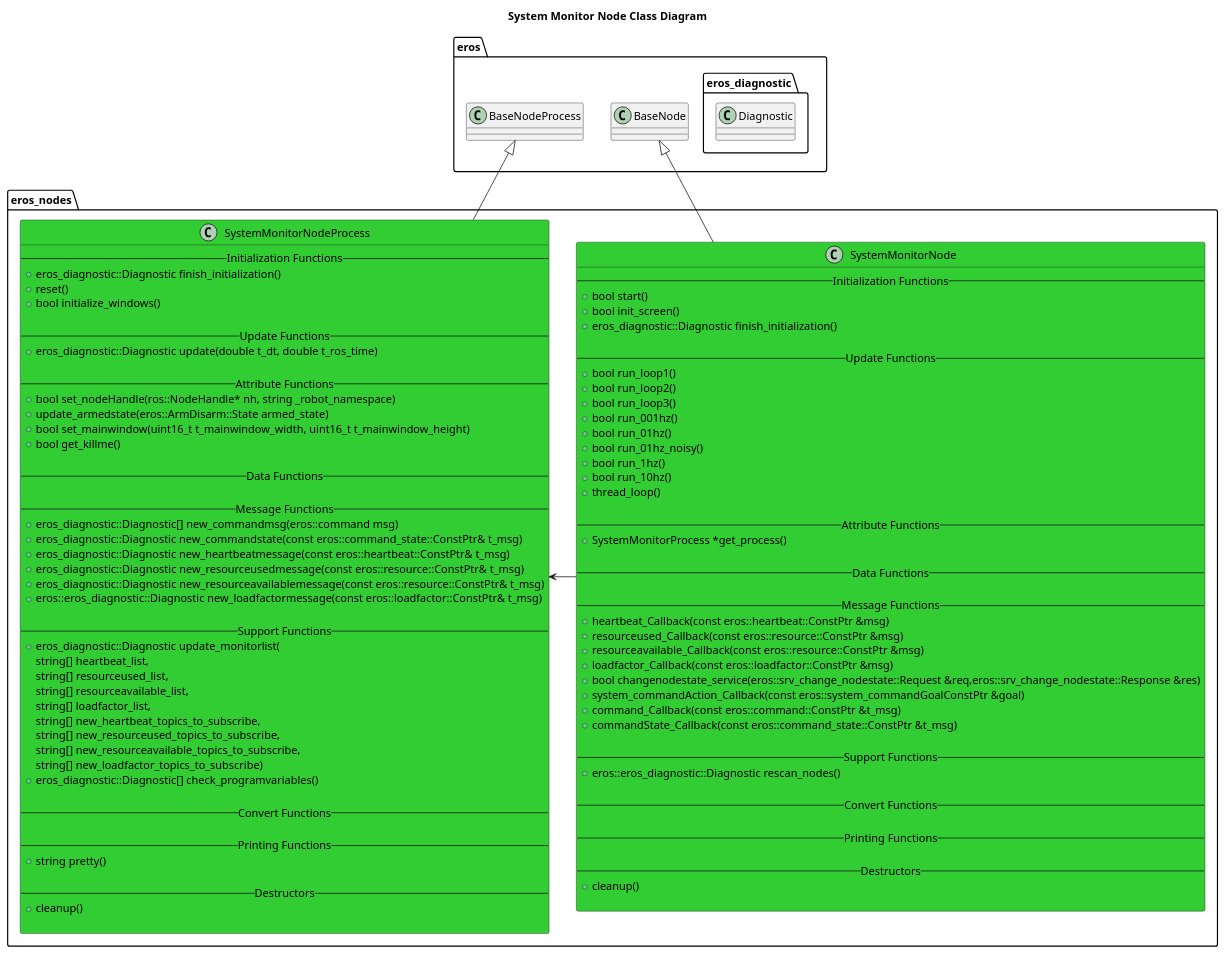
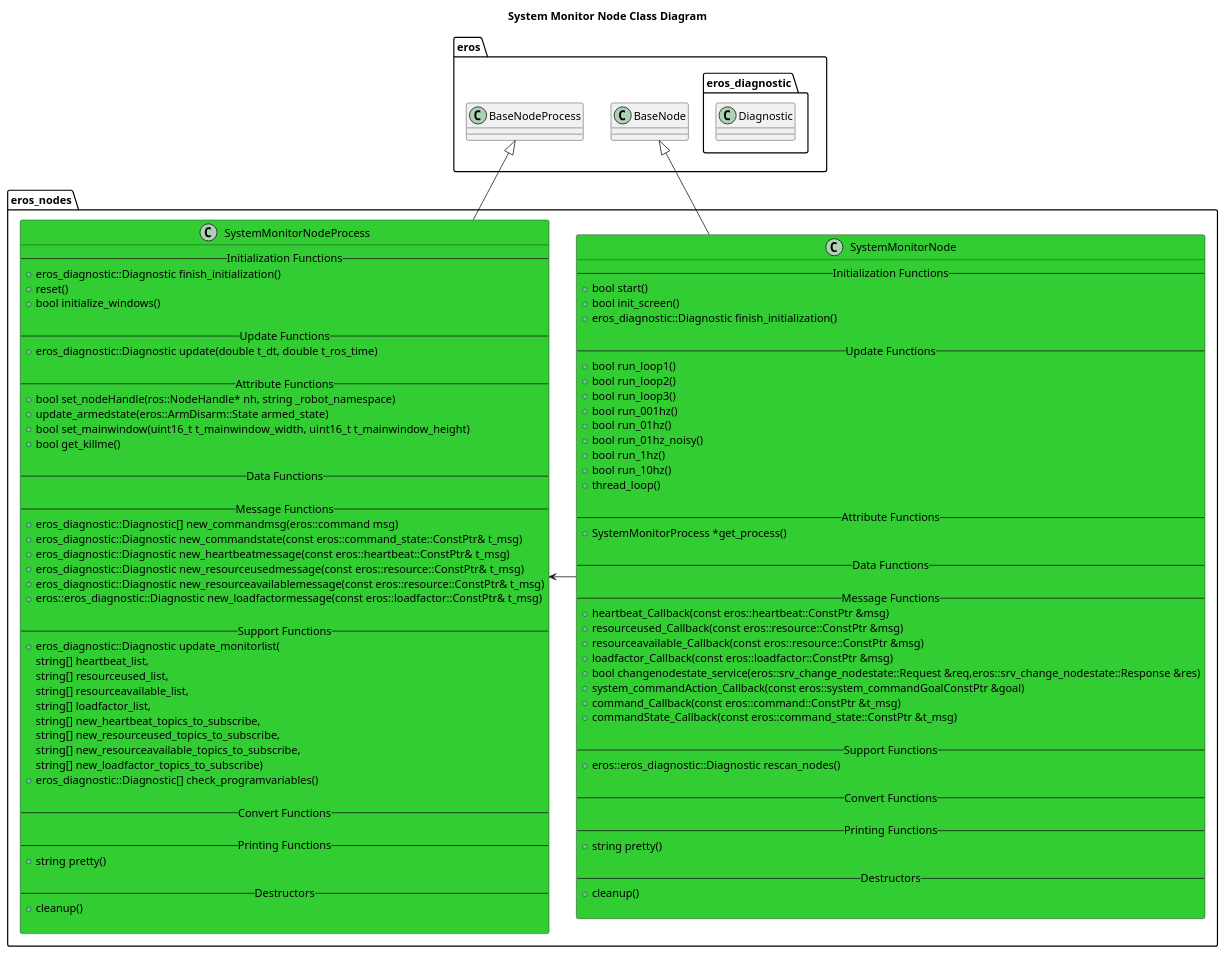
Before and after one commit to dgitz/eros: the diagram in nodes/SystemMonitor/doc/SystemMonitorNodeClassDiagram.puml, drawn with PlantUML. The commit also changed 59 other files, not shown here.

First line of the commit message:
Bug 1371 missing sequence diagrams (#256)

```diff
--- a/nodes/SystemMonitor/doc/SystemMonitorNodeClassDiagram.puml
+++ b/nodes/SystemMonitor/doc/SystemMonitorNodeClassDiagram.puml
@@ -1,106 +1,107 @@
 @startuml
 title System Monitor Node Class Diagram
 package eros {
     class BaseNode
     class BaseNodeProcess
     namespace eros_diagnostic {
         class Diagnostic
     }
 }
 namespace eros_nodes {
     class SystemMonitorNode #LimeGreen {
         -- Initialization Functions --
         +bool start()
         +bool init_screen()
         +eros_diagnostic::Diagnostic finish_initialization()
 
         -- Update Functions --
         +bool run_loop1()
         +bool run_loop2()
         +bool run_loop3()
         +bool run_001hz()
         +bool run_01hz()
         +bool run_01hz_noisy()
         +bool run_1hz()
         +bool run_10hz()
         +thread_loop()
 
         -- Attribute Functions --
         +SystemMonitorProcess *get_process()
 
         -- Data Functions --
 
         -- Message Functions --
         +heartbeat_Callback(const eros::heartbeat::ConstPtr &msg)
         +resourceused_Callback(const eros::resource::ConstPtr &msg)
         +resourceavailable_Callback(const eros::resource::ConstPtr &msg)
         +loadfactor_Callback(const eros::loadfactor::ConstPtr &msg)
         +bool changenodestate_service(eros::srv_change_nodestate::Request &req,eros::srv_change_nodestate::Response &res)
         +system_commandAction_Callback(const eros::system_commandGoalConstPtr &goal)
         +command_Callback(const eros::command::ConstPtr &t_msg)
         +commandState_Callback(const eros::command_state::ConstPtr &t_msg)
 
         -- Support Functions --
         +eros::eros_diagnostic::Diagnostic rescan_nodes()
 
         -- Convert Functions --
         
         -- Printing Functions --
+        +string pretty()
 
         -- Destructors --
         +cleanup()
    
     }
     class SystemMonitorNodeProcess #LimeGreen {
         -- Initialization Functions --
         +eros_diagnostic::Diagnostic finish_initialization()
         +reset()
         +bool initialize_windows()
 
         -- Update Functions --
         +eros_diagnostic::Diagnostic update(double t_dt, double t_ros_time)
 
         -- Attribute Functions --
         +bool set_nodeHandle(ros::NodeHandle* nh, string _robot_namespace)
         +update_armedstate(eros::ArmDisarm::State armed_state)
         +bool set_mainwindow(uint16_t t_mainwindow_width, uint16_t t_mainwindow_height)
         +bool get_killme()
 
         -- Data Functions --
 
         -- Message Functions --
         +eros_diagnostic::Diagnostic[] new_commandmsg(eros::command msg)
         +eros_diagnostic::Diagnostic new_commandstate(const eros::command_state::ConstPtr& t_msg)
         +eros_diagnostic::Diagnostic new_heartbeatmessage(const eros::heartbeat::ConstPtr& t_msg)
         +eros_diagnostic::Diagnostic new_resourceusedmessage(const eros::resource::ConstPtr& t_msg)
         +eros_diagnostic::Diagnostic new_resourceavailablemessage(const eros::resource::ConstPtr& t_msg)
         +eros::eros_diagnostic::Diagnostic new_loadfactormessage(const eros::loadfactor::ConstPtr& t_msg)
 
         -- Support Functions --
         +eros_diagnostic::Diagnostic update_monitorlist(
             string[] heartbeat_list,
             string[] resourceused_list,
             string[] resourceavailable_list,
             string[] loadfactor_list,
             string[] new_heartbeat_topics_to_subscribe,
             string[] new_resourceused_topics_to_subscribe,
             string[] new_resourceavailable_topics_to_subscribe,
             string[] new_loadfactor_topics_to_subscribe)
         +eros_diagnostic::Diagnostic[] check_programvariables()
 
         -- Convert Functions --
         
         -- Printing Functions --
         +string pretty()
 
         -- Destructors --
         +cleanup()
 
     }
 
     BaseNode <|-- SystemMonitorNode
     BaseNodeProcess <|-- SystemMonitorNodeProcess
     SystemMonitorNode -> SystemMonitorNodeProcess 
 }
 
 @enduml
```
